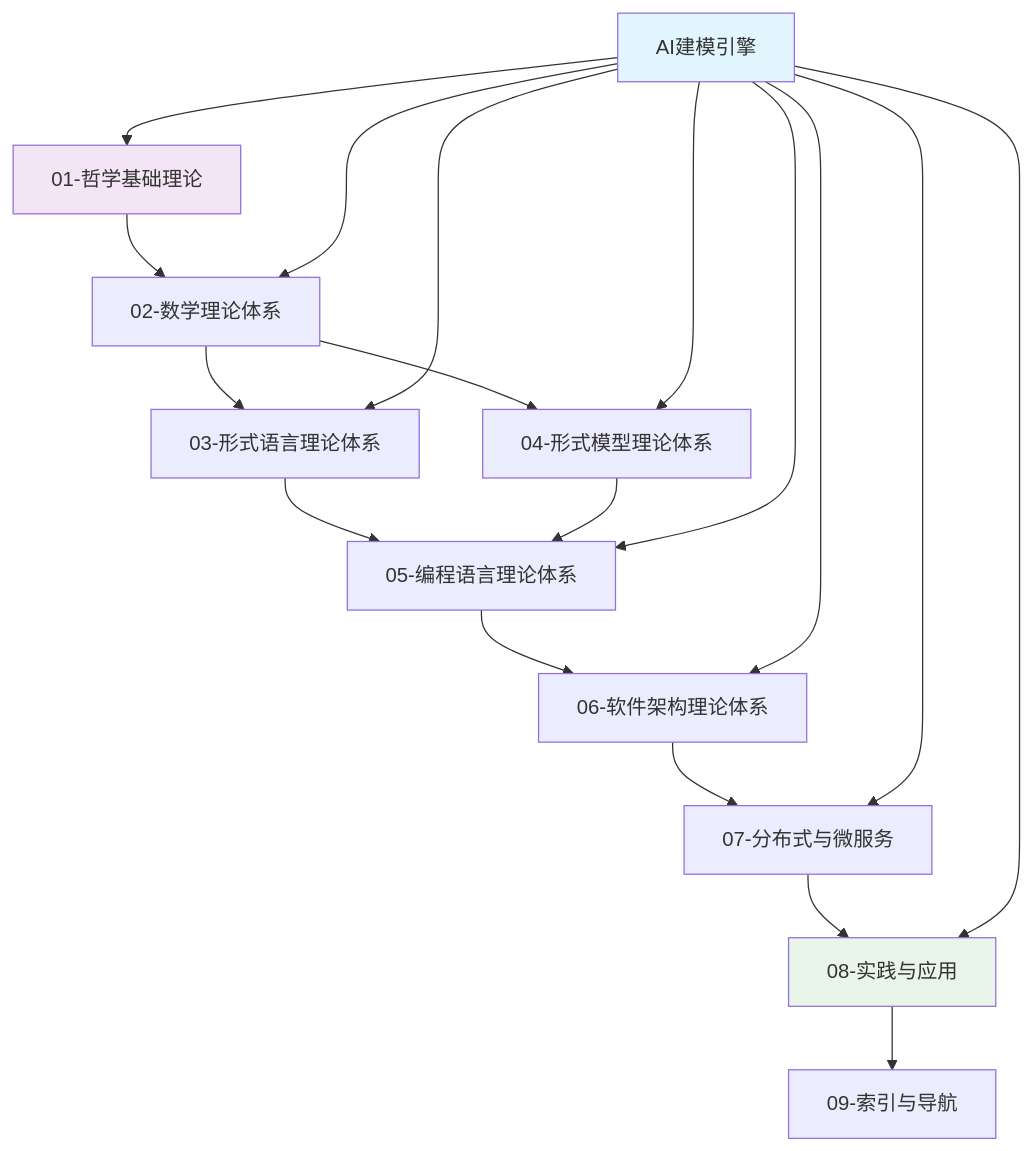
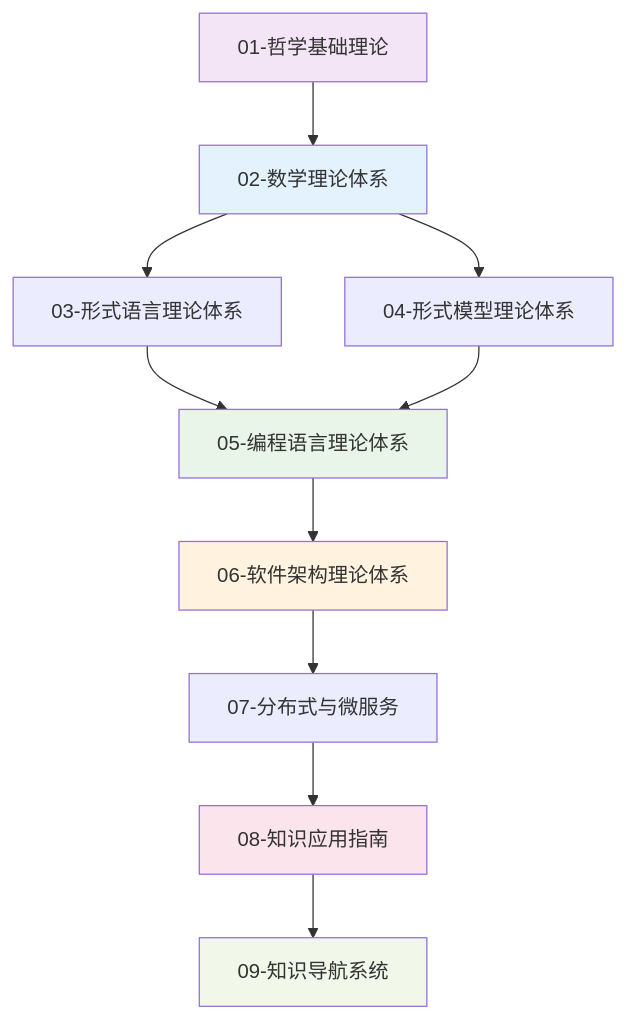
Before and after one commit to AdaMartin18010/formal-architecture: the diagram in README.md, drawn with Mermaid. The commit also changed other lines of this file and 279 other files, not shown here.

````diff
--- a/README.md
+++ b/README.md
@@ -13,25 +17,19 @@
 ```mermaid
 graph TD
     A[01-哲学基础理论] --> B[02-数学理论体系]
     B --> C[03-形式语言理论体系]
     B --> D[04-形式模型理论体系]
     C --> E[05-编程语言理论体系]
     D --> E
     E --> F[06-软件架构理论体系]
     F --> G[07-分布式与微服务]
-    G --> H[08-实践与应用]
-    H --> I[09-索引与导航]
+    G --> H[08-知识应用指南]
+    H --> I[09-知识导航系统]
     
-    J[AI建模引擎] --> A
-    J --> B
-    J --> C
-    J --> D
-    J --> E
-    J --> F
-    J --> G
-    J --> H
-    
-    style J fill:#e1f5fe
     style A fill:#f3e5f5
-    style H fill:#e8f5e8
+    style B fill:#e3f2fd
+    style E fill:#e8f5e8
+    style F fill:#fff3e0
+    style H fill:#fce4ec
+    style I fill:#f1f8e9
 ```
````
